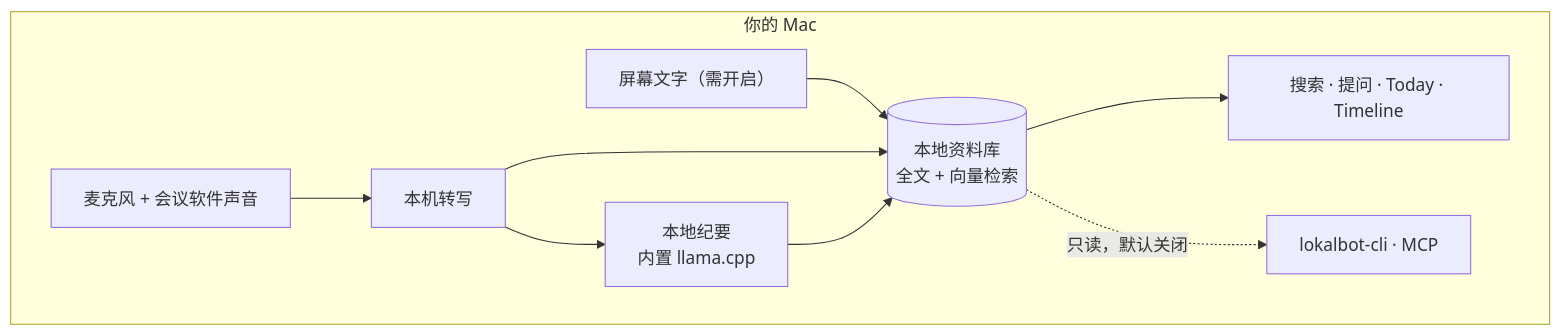
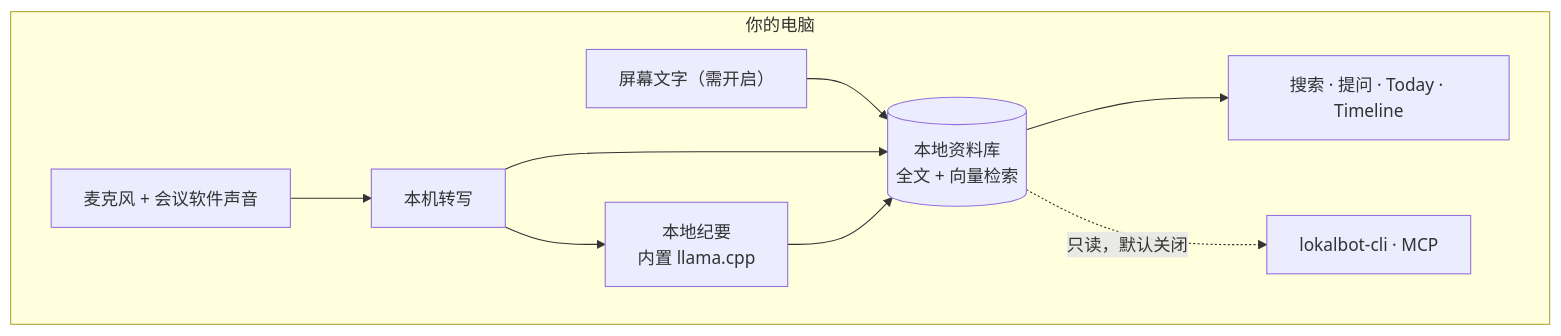
Before and after one commit to metalsp0rk/LokalBot: the diagram in README.zh-CN.md, drawn with Mermaid. The commit also changed other lines of this file and 18 other files, not shown here.

````diff
--- a/README.zh-CN.md
+++ b/README.zh-CN.md
@@ -131,13 +138,13 @@
 ```mermaid
 flowchart LR
-  subgraph mac ["你的 Mac"]
+  subgraph mac ["你的电脑"]
     direction LR
     audio["麦克风 + 会议软件声音"] --> asr["本机转写"]
     asr --> llm["本地纪要<br/>内置 llama.cpp"]
     screen["屏幕文字（需开启）"] --> db[("本地资料库<br/>全文 + 向量检索")]
     asr --> db
     llm --> db
     db --> use["搜索 · 提问 · Today · Timeline"]
     db -.->|"只读，默认关闭"| cli["lokalbot-cli · MCP"]
   end
 ```
````
